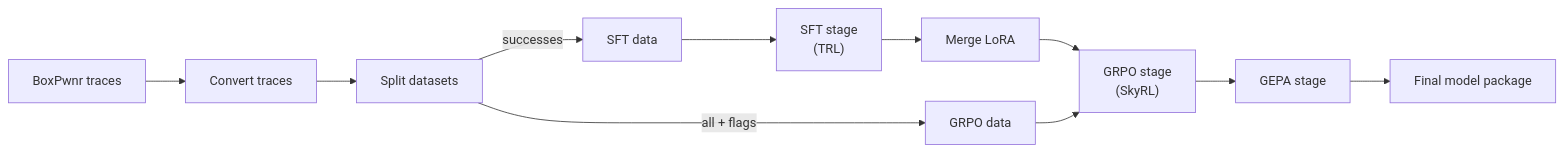
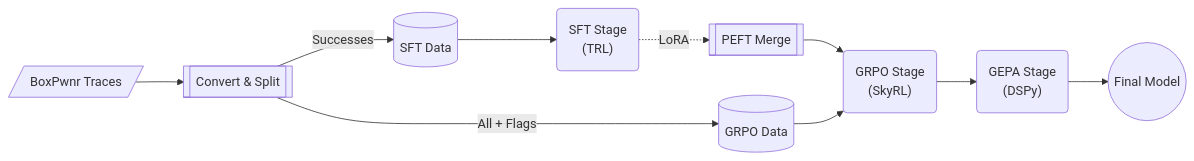
The first of 2 diagrams in docs/training.md (westonbrown/open-ctf-env), drawn with Mermaid before and after one commit. The commit also changed other lines of this file and 17 other files, not shown here.

Commit message:
docs: refine, semanticize, and simplify mermaid architecture charts

````diff
--- a/docs/training.md
+++ b/docs/training.md
@@ -7,12 +7,17 @@
 ```mermaid
 flowchart LR
-    traces["BoxPwnr traces"] --> convert["Convert traces"] --> split["Split datasets"]
-    split -->|"successes"| sft_data["SFT data"]
-    split -->|"all + flags"| grpo_data["GRPO data"]
-    sft_data --> sft["SFT stage<br/>(TRL)"]
-    sft --> merge["Merge LoRA"]
-    merge --> grpo["GRPO stage<br/>(SkyRL)"]
-    grpo_data --> grpo
-    grpo --> gepa["GEPA stage"]
-    gepa --> final["Final model package"]
+    %% Data Flow
+    Traces[/"BoxPwnr Traces"/] --> Convert[["Convert & Split"]]
+    Convert -->|"Successes"| SFTData[("SFT Data")]
+    Convert -->|"All + Flags"| GRPOData[("GRPO Data")]
+
+    %% Train
+    SFTData --> SFT("SFT Stage<br/>(TRL)")
+    SFT -.->|"LoRA"| Merge[["PEFT Merge"]]
+    Merge --> GRPO("GRPO Stage<br/>(SkyRL)")
+    GRPOData --> GRPO
+    
+    %% Post-train
+    GRPO --> GEPA("GEPA Stage<br/>(DSPy)")
+    GEPA --> Final(("Final Model"))
 ```
````
